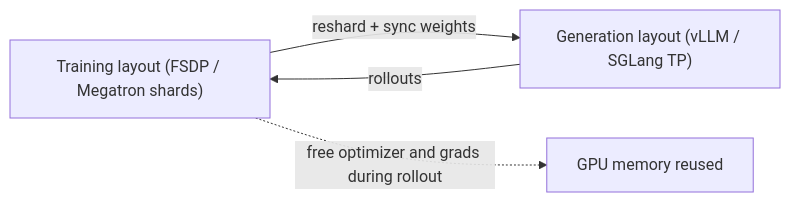
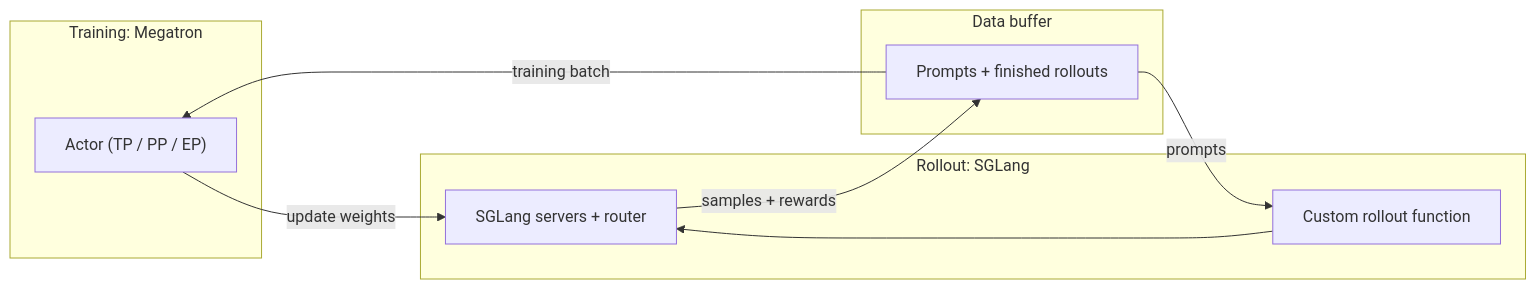
The seventh of 8 diagrams in src/content/posts/llm-rl-frameworks.md (lxy-alexander/VoidIndex), drawn with Mermaid before and after one commit. The commit also changed other lines of this file, not shown here.

Commit message:
Add architecture diagram for each RL framework; drop verl deep dive

````diff
--- a/src/content/posts/llm-rl-frameworks.md
+++ b/src/content/posts/llm-rl-frameworks.md
@@ -213,6 +215,18 @@
 ```mermaid
 flowchart LR
-  T["Training layout (FSDP / Megatron shards)"] -- "reshard + sync weights" --> G["Generation layout (vLLM / SGLang TP)"]
-  G -- "rollouts" --> T
-  T -. "free optimizer and grads during rollout" .-> M["GPU memory reused"]
+  subgraph TRAIN["Training: Megatron"]
+    M["Actor (TP / PP / EP)"]
+  end
+  subgraph BUF["Data buffer"]
+    D["Prompts + finished rollouts"]
+  end
+  subgraph ROLL["Rollout: SGLang"]
+    S["SGLang servers + router"]
+    F["Custom rollout function"]
+  end
+  D -- "prompts" --> F
+  F --> S
+  S -- "samples + rewards" --> D
+  D -- "training batch" --> M
+  M -- "update weights" --> S
 ```
````
